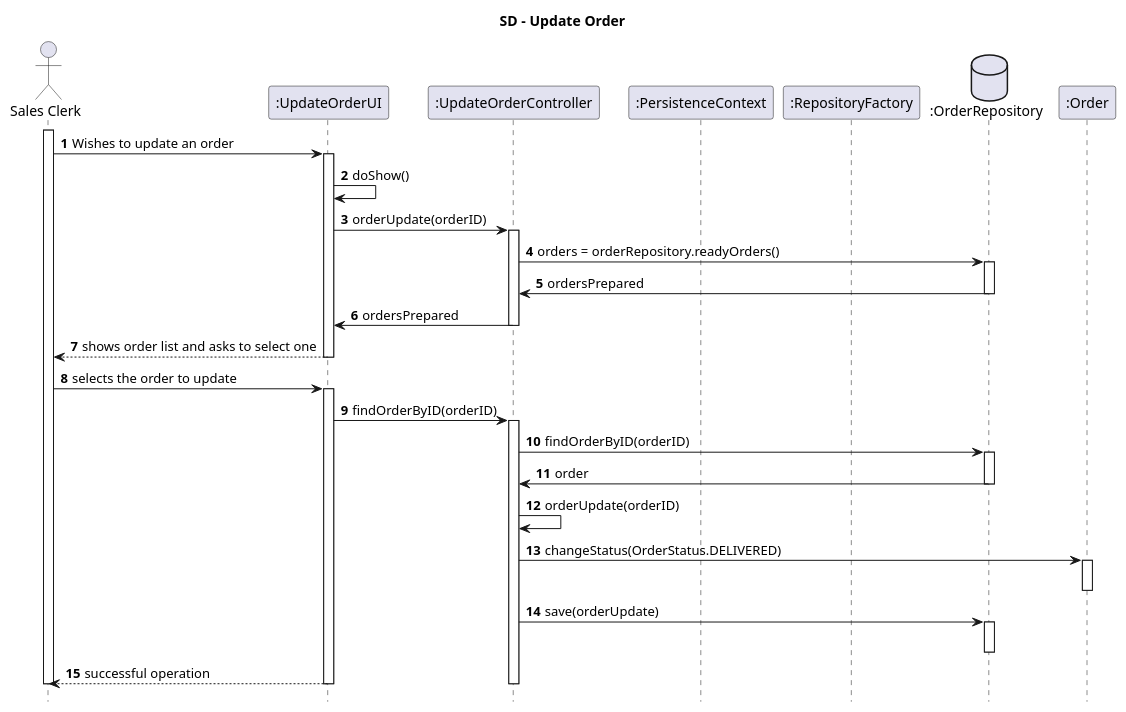
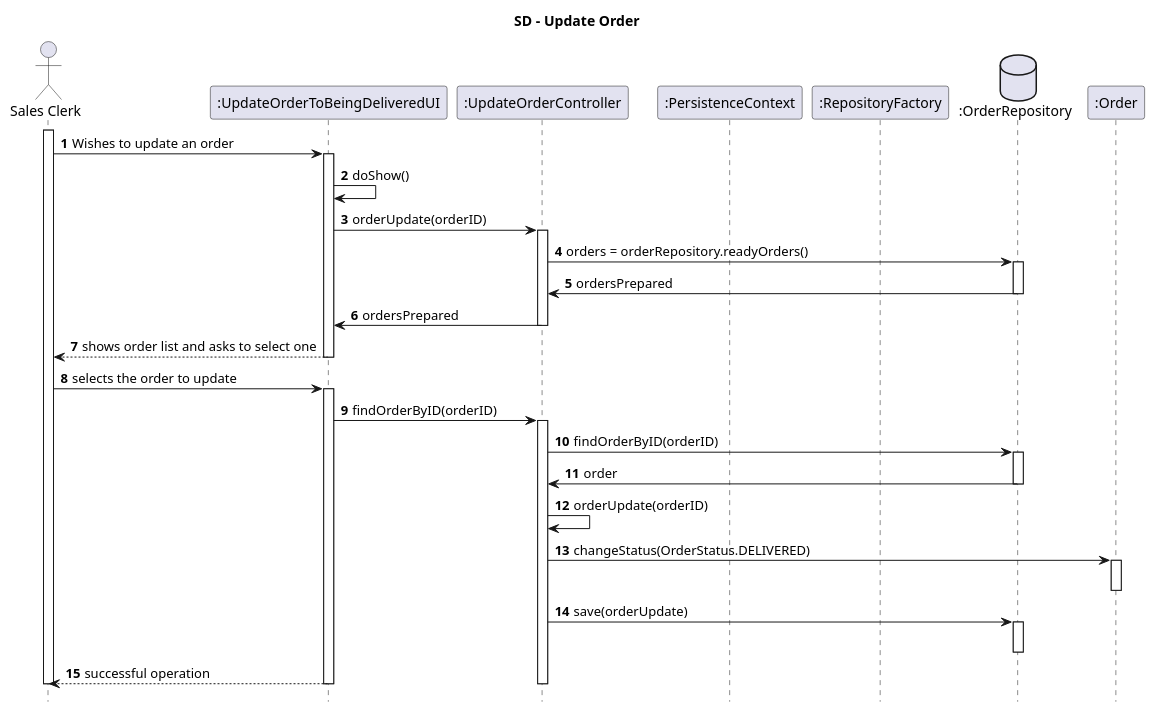
Before and after one commit to 1190772/LAB-Project-4: the diagram in Documentação/1190679/US1006/US1006_SD.puml, drawn with PlantUML. The commit also changed 1 other file, not shown here.

Commit message:
#24: US1006 - Creation of the CD documentation in order to start the implementation

```diff
--- a/Documentação/1190679/US1006/US1006_SD.puml
+++ b/Documentação/1190679/US1006/US1006_SD.puml
@@ -1,57 +1,57 @@
 @startuml
 autonumber
 hide footbox
 
 title SD - Update Order
 
         actor "Sales Clerk" as sc
-		participant ":UpdateOrderUI" as ui
+		participant ":UpdateOrderToBeingDeliveredUI" as ui
 		participant ":UpdateOrderController" as ctrl
 		participant ":PersistenceContext" as pc
 		participant ":RepositoryFactory" as rf
 		database ":OrderRepository" as repoPC
         participant ":Order" as prod
         activate sc
 
         sc -> ui: Wishes to update an order
         activate ui
 		ui->ui:doShow()
         		ui->ctrl:orderUpdate(orderID)
         		activate ctrl
 
         		ctrl->repoPC:orders = orderRepository.readyOrders()
         		activate repoPC
         		repoPC->ctrl: ordersPrepared
         		deactivate repoPC
         		ctrl->ui: ordersPrepared
         		deactivate ctrl
         		ui --> sc :  shows order list and asks to select one
         		deactivate ui
         		sc -> ui : selects the order to update
         		activate ui
         		ui->ctrl: findOrderByID(orderID)
         		activate ctrl
         		ctrl -> repoPC: findOrderByID(orderID)
         		activate repoPC
         		repoPC->ctrl: order
         		deactivate repoPC
 
 
         		ctrl->ctrl: orderUpdate(orderID)
         		ctrl -> prod : changeStatus(OrderStatus.DELIVERED)
         		activate prod
         		deactivate prod
 
 
         		ctrl->repoPC:save(orderUpdate)
         		activate repoPC
         		deactivate repoPC
         		ui --> sc: successful operation
         		deactivate ctrl
         		deactivate ui
         		deactivate sc
 
 
 
 
 @enduml
```
